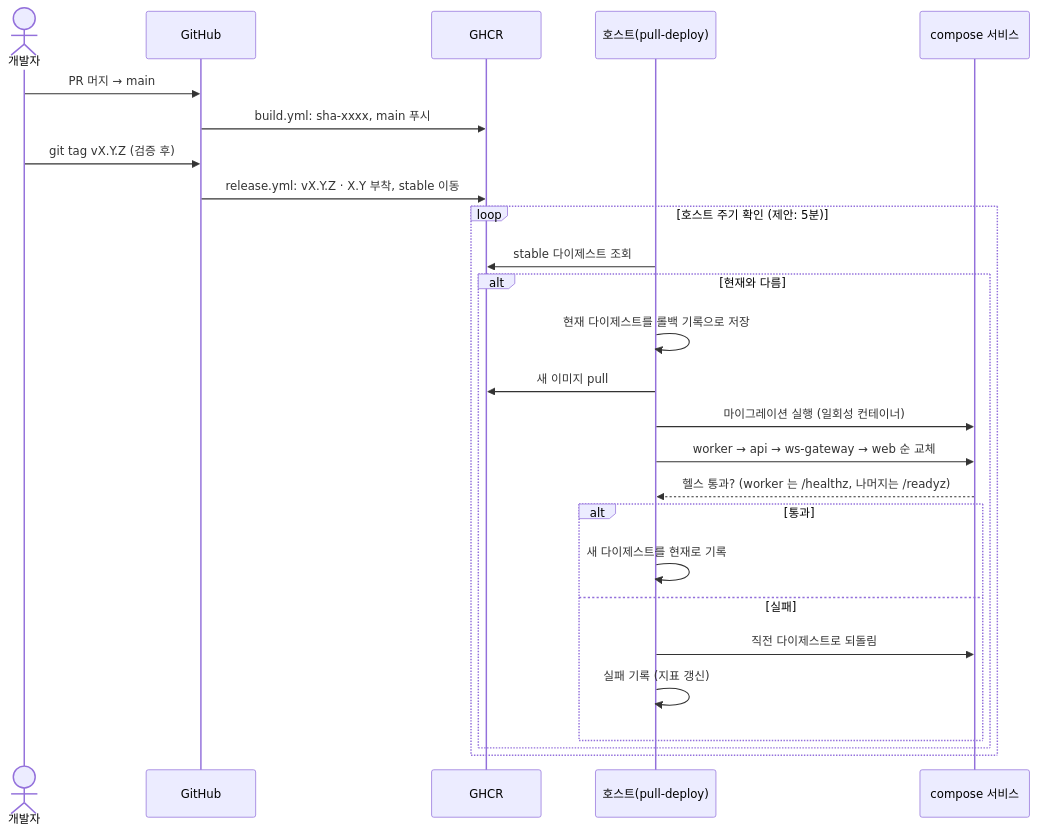
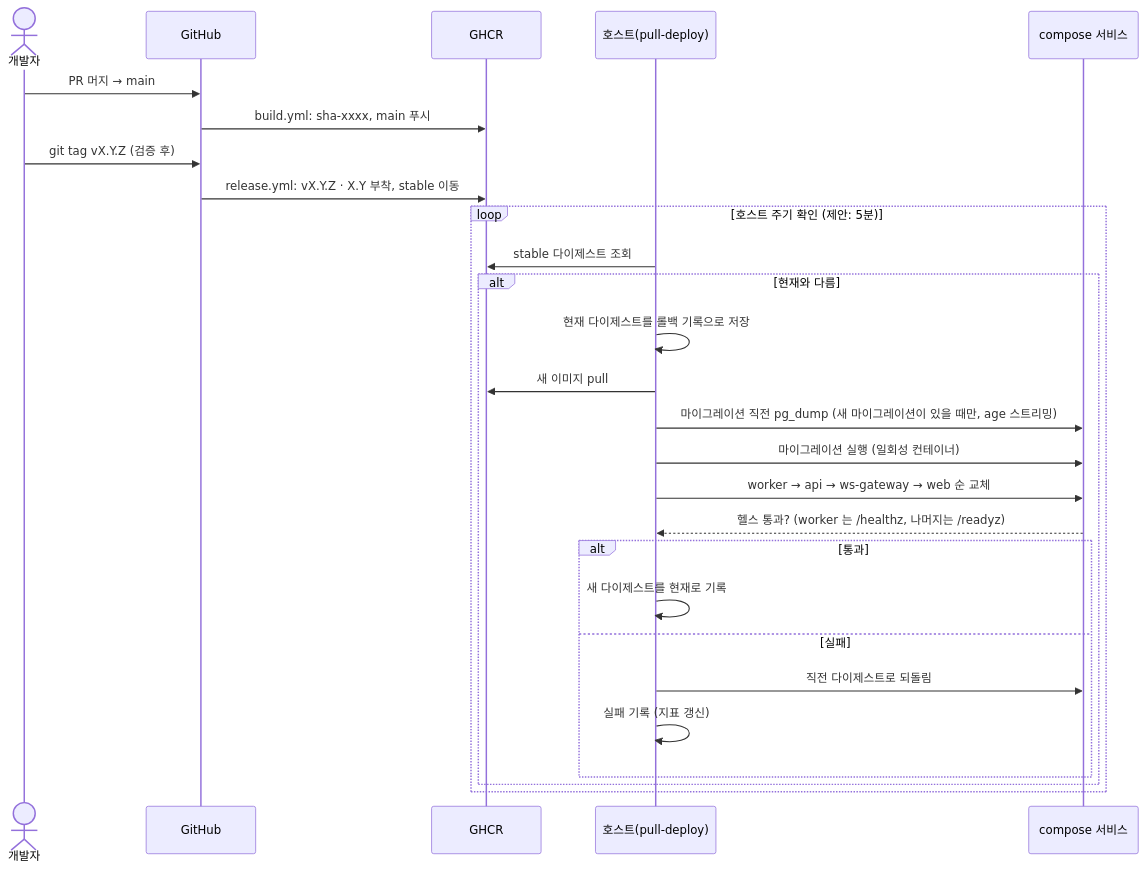
One commit to 1985jwlee/portpolio_backend changed the fourth of 4 diagrams in docs/design/09-ci-cd.md. Above: the diagram before and after it, drawn with Mermaid. The commit also changed other lines of this file and 27 other files, not shown here.

````diff
--- a/docs/design/09-ci-cd.md
+++ b/docs/design/09-ci-cd.md
@@ -150,28 +152,29 @@
 ```mermaid
 sequenceDiagram
     actor Dev as 개발자
     participant GH as GitHub
     participant REG as GHCR
     participant H as 호스트(pull-deploy)
     participant C as compose 서비스
     Dev->>GH: PR 머지 → main
     GH->>REG: build.yml: sha-xxxx, main 푸시
     Dev->>GH: git tag vX.Y.Z (검증 후)
     GH->>REG: release.yml: vX.Y.Z · X.Y 부착, stable 이동
     loop 호스트 주기 확인 (제안: 5분)
         H->>REG: stable 다이제스트 조회
         alt 현재와 다름
             H->>H: 현재 다이제스트를 롤백 기록으로 저장
             H->>REG: 새 이미지 pull
+            H->>C: 마이그레이션 직전 pg_dump (새 마이그레이션이 있을 때만, age 스트리밍)
             H->>C: 마이그레이션 실행 (일회성 컨테이너)
             H->>C: worker → api → ws-gateway → web 순 교체
             C-->>H: 헬스 통과? (worker 는 /healthz, 나머지는 /readyz)
             alt 통과
                 H->>H: 새 다이제스트를 현재로 기록
             else 실패
                 H->>C: 직전 다이제스트로 되돌림
                 H->>H: 실패 기록 (지표 갱신)
             end
         end
     end
 ```
````
